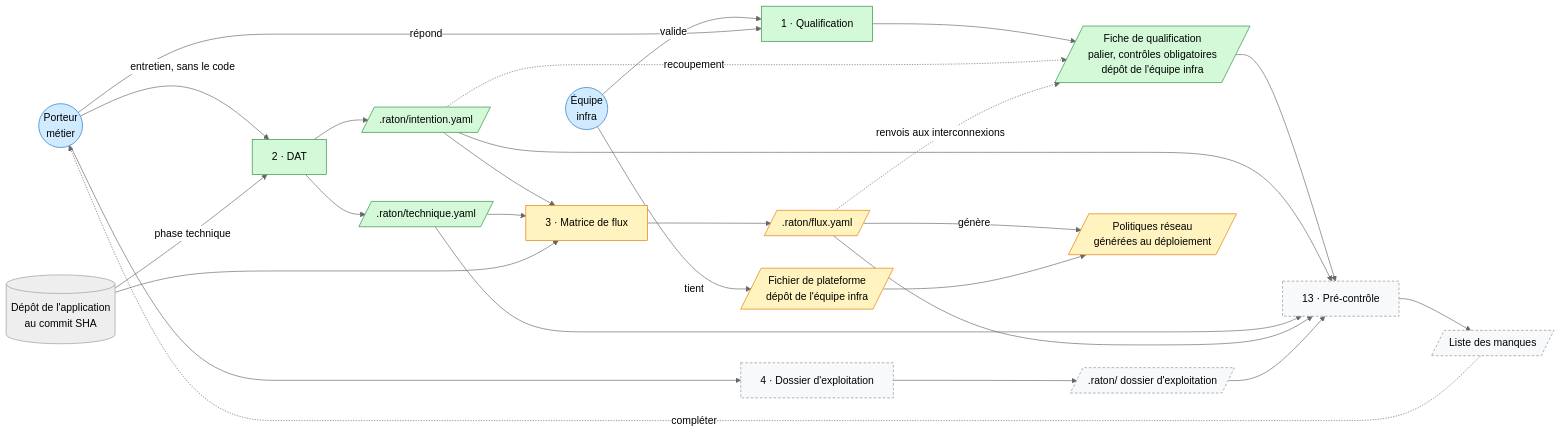
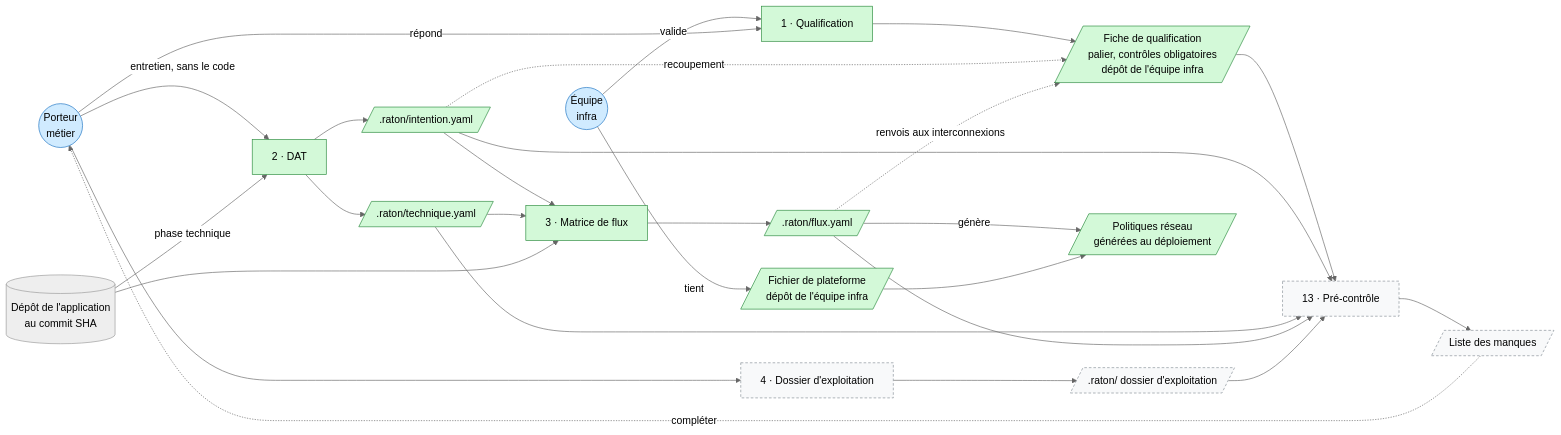
One commit to Jul0ow/Raton changed the third of 5 diagrams in docs/architecture.md. Above: the diagram before and after it, drawn with Mermaid (neutral theme). The commit also changed other lines of this file and 5 other files, not shown here.

````diff
--- a/docs/architecture.md
+++ b/docs/architecture.md
@@ -106,56 +106,55 @@
 ```mermaid
 flowchart LR
   M(("Porteur<br/>métier"))
   E(("Équipe<br/>infra"))
   CODE[("Dépôt de l'application<br/>au commit SHA")]
 
   Q["1 · Qualification"]
   DAT["2 · DAT"]
   MF["3 · Matrice de flux"]
   EXP["4 · Dossier d'exploitation"]
   PC["13 · Pré-contrôle"]
 
   QF[/"Fiche de qualification<br/>palier, contrôles obligatoires<br/>dépôt de l'équipe infra"/]
   INT[/".raton/intention.yaml"/]
   TEC[/".raton/technique.yaml"/]
   EXF[/".raton/ dossier d'exploitation"/]
   FLX[/".raton/flux.yaml"/]
   PLT[/"Fichier de plateforme<br/>dépôt de l'équipe infra"/]
   NP[/"Politiques réseau<br/>générées au déploiement"/]
   MQ[/"Liste des manques"/]
 
   E -->|"valide"| Q
   M -->|"répond"| Q
   M -->|"entretien, sans le code"| DAT
   CODE -->|"phase technique"| DAT
   Q --> QF
   DAT --> INT
   DAT --> TEC
   INT -.->|"recoupement"| QF
   INT --> MF
   TEC --> MF
   CODE --> MF
   MF --> FLX
   FLX -.->|"renvois aux interconnexions"| QF
   FLX -->|"génère"| NP
   E -->|"tient"| PLT
   PLT --> NP
   M --> EXP
   EXP --> EXF
   QF --> PC
   INT --> PC
   TEC --> PC
   FLX --> PC
   EXF --> PC
   PC --> MQ
   MQ -.->|"compléter"| M
 
   classDef humain fill:#d0ebff,stroke:#1971c2,color:#000
   classDef fait fill:#d3f9d8,stroke:#2b8a3e,color:#000
   classDef propose fill:#fff3bf,stroke:#e67700,color:#000
   classDef afaire fill:#f8f9fa,stroke:#868e96,color:#000,stroke-dasharray:4 3
   class M,E humain
-  class Q,QF,DAT,INT,TEC fait
-  class MF,FLX,PLT,NP propose
+  class Q,QF,DAT,INT,TEC,MF,FLX,PLT,NP fait
   class EXP,PC,EXF,MQ afaire
 ```
````
